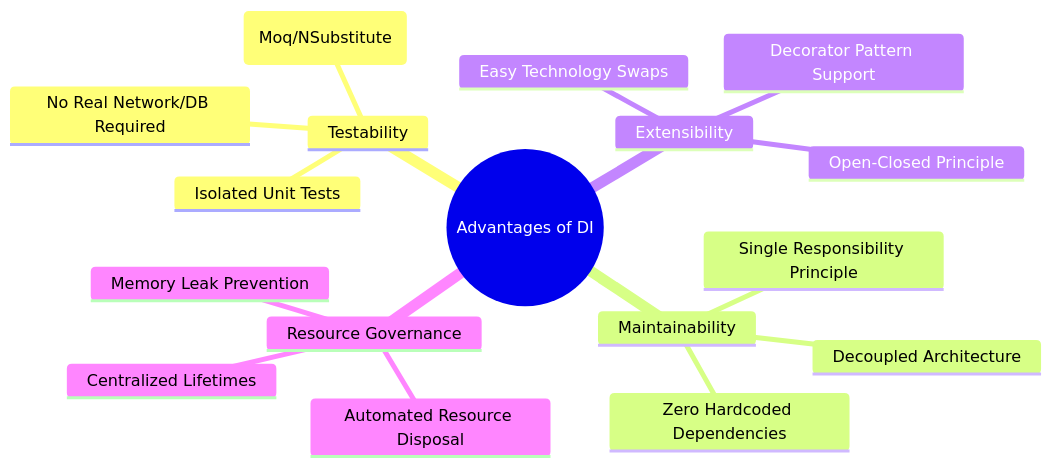
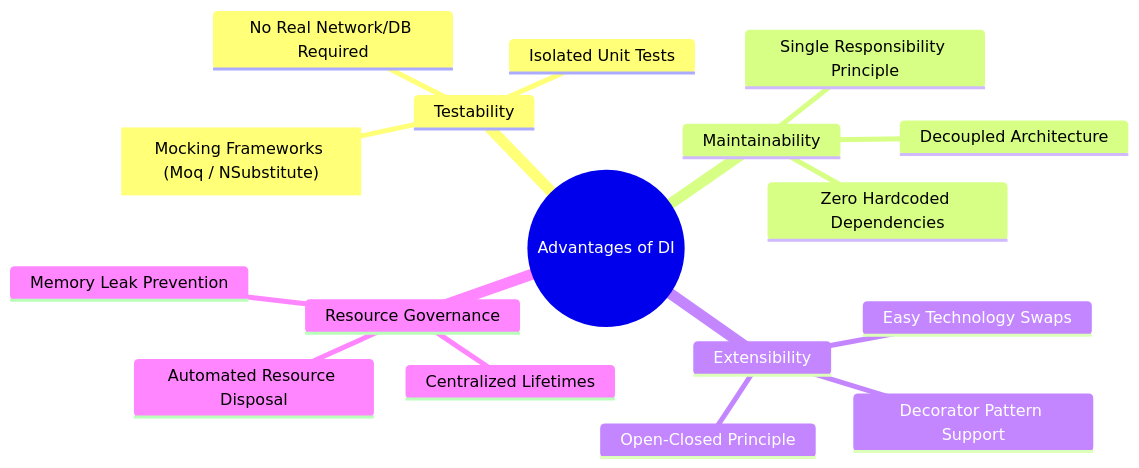
Before and after one commit to sreekanthap89/dotnet-csharp-sql-mastery: the third of 4 diagrams in 22_dotnet_core_dependency_injection.md, drawn with Mermaid. The commit also changed other lines of this file and 5 other files, not shown here.

Commit message:
fix(docs): quote edge and node labels in Mermaid diagrams for GitHub rendering compliance

````diff
--- a/22_dotnet_core_dependency_injection.md
+++ b/22_dotnet_core_dependency_injection.md
@@ -240,20 +240,20 @@
 ```mermaid
 mindmap
   root((Advantages of DI))
     Testability
       Isolated Unit Tests
-      Mocking Frameworks (Moq/NSubstitute)
+      ["Mocking Frameworks (Moq / NSubstitute)"]
       No Real Network/DB Required
     Maintainability
       Single Responsibility Principle
       Decoupled Architecture
       Zero Hardcoded Dependencies
     Extensibility
       Open-Closed Principle
       Decorator Pattern Support
       Easy Technology Swaps
     Resource Governance
       Centralized Lifetimes
       Automated Resource Disposal
       Memory Leak Prevention
 ```
````
